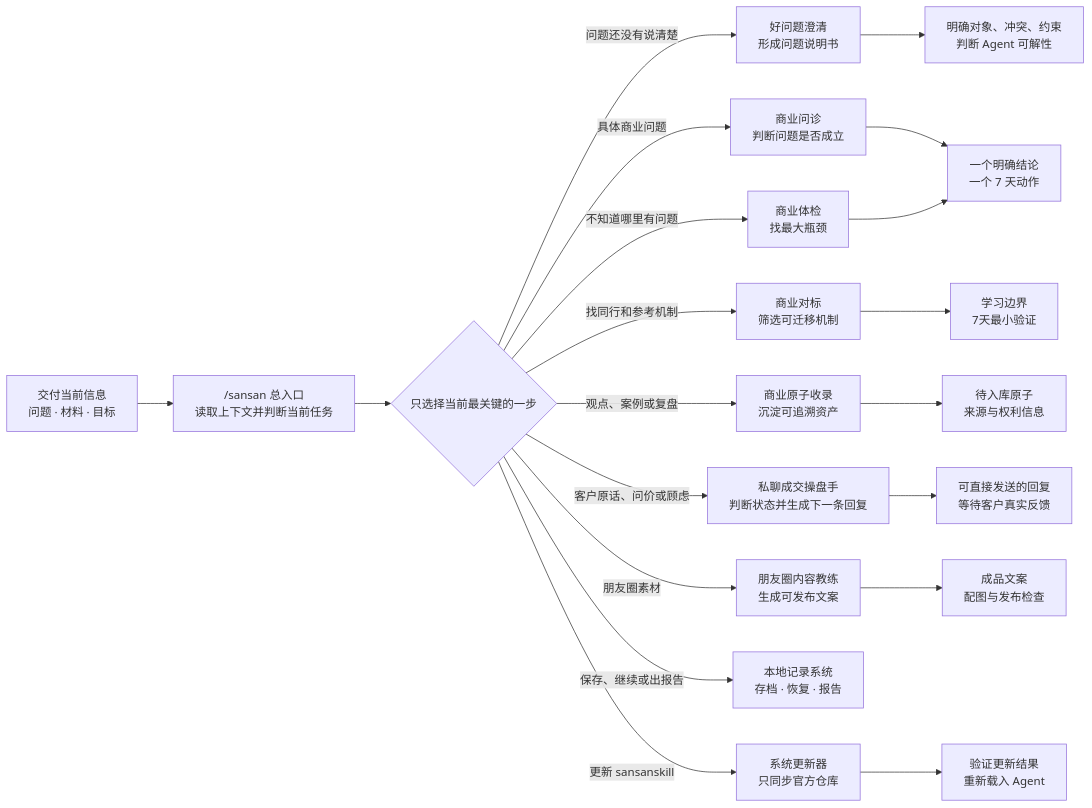
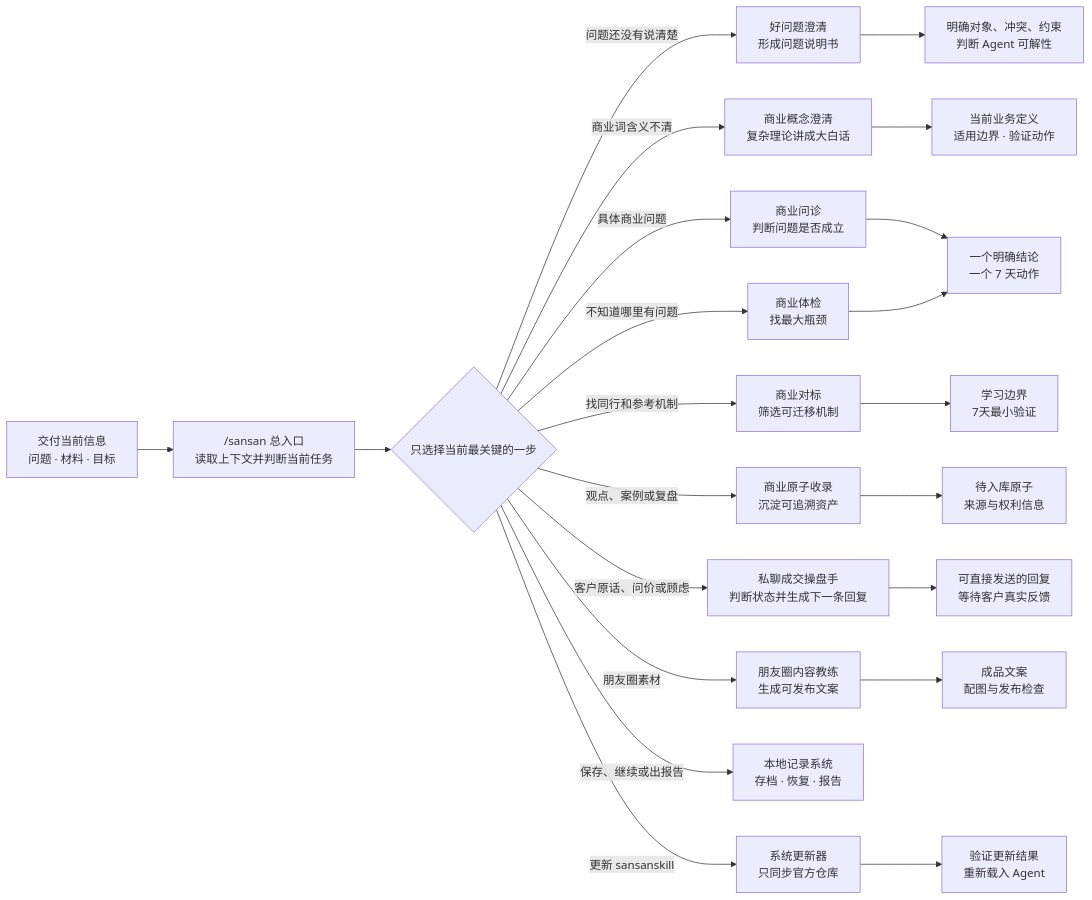
The diagram in README.md (sansan19900801/sansanskill), drawn with Mermaid before and after one commit. The commit also changed other lines of this file and 8 other files, not shown here.

````diff
--- a/README.md
+++ b/README.md
@@ -19,22 +19,24 @@
 ```mermaid
 flowchart LR
     A["交付当前信息<br/>问题 · 材料 · 目标"] --> B["/sansan 总入口<br/>读取上下文并判断当前任务"]
     B --> C{"只选择当前最关键的一步"}
     C -->|问题还没有说清楚| P["好问题澄清<br/>形成问题说明书"]
+    C -->|商业词含义不清| T["商业概念澄清<br/>复杂理论讲成大白话"]
     C -->|具体商业问题| D["商业问诊<br/>判断问题是否成立"]
     C -->|不知道哪里有问题| E["商业体检<br/>找最大瓶颈"]
     C -->|找同行和参考机制| N["商业对标<br/>筛选可迁移机制"]
     C -->|观点、案例或复盘| F["商业原子收录<br/>沉淀可追溯资产"]
     C -->|客户原话、问价或顾虑| S["私聊成交操盘手<br/>判断状态并生成下一条回复"]
     C -->|朋友圈素材| G["朋友圈内容教练<br/>生成可发布文案"]
     C -->|保存、继续或出报告| M["本地记录系统<br/>存档 · 恢复 · 报告"]
     C -->|更新 sansanskill| K["系统更新器<br/>只同步官方仓库"]
     D --> H["一个明确结论<br/>一个 7 天动作"]
     E --> H
     N --> O["学习边界<br/>7天最小验证"]
     F --> I["待入库原子<br/>来源与权利信息"]
     S --> R["可直接发送的回复<br/>等待客户真实反馈"]
     G --> J["成品文案<br/>配图与发布检查"]
     K --> L["验证更新结果<br/>重新载入 Agent"]
     P --> Q["明确对象、冲突、约束<br/>判断 Agent 可解性"]
+    T --> U["当前业务定义<br/>适用边界 · 验证动作"]
 ```
````
